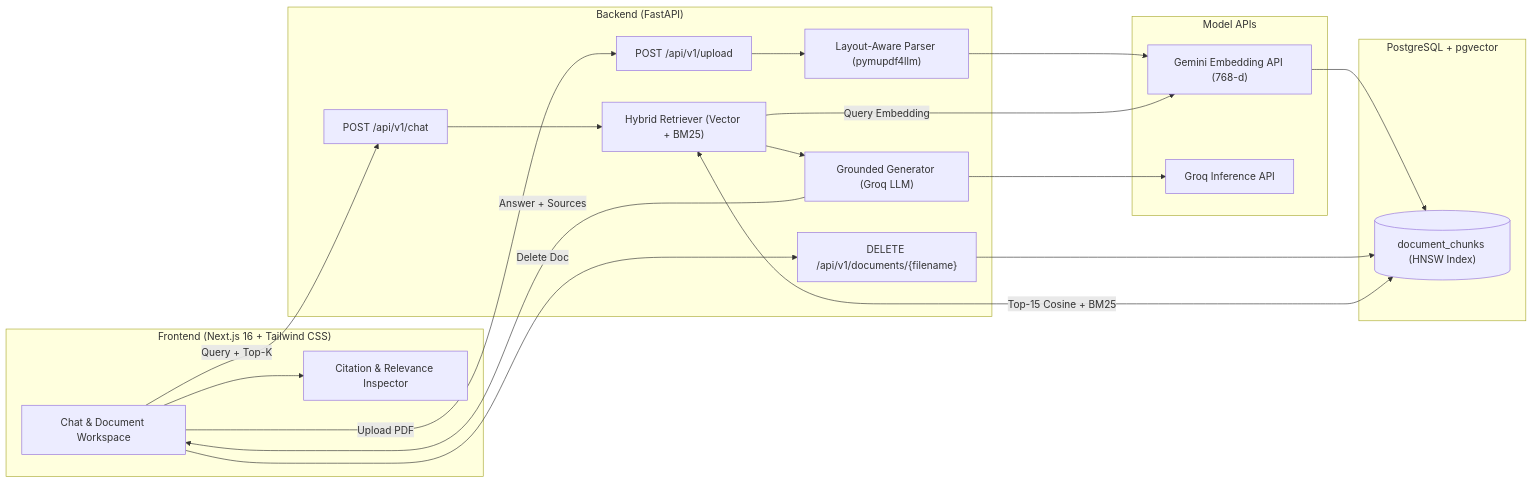
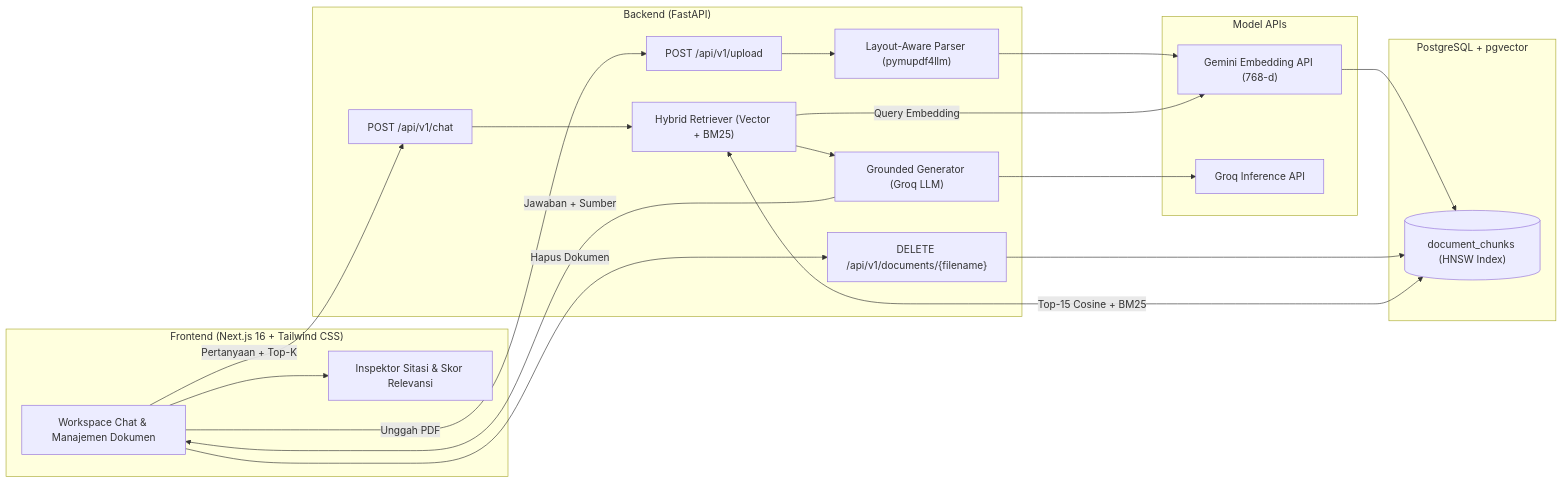
One commit to daniarpriambodo09/enterprise-doc-rag changed the diagram in README.md. Above: the diagram before and after it, drawn with Mermaid. The commit also changed other lines of this file, not shown here.

````diff
--- a/README.md
+++ b/README.md
@@ -23,33 +23,33 @@
 ```mermaid
 flowchart LR
     subgraph Client ["Frontend (Next.js 16 + Tailwind CSS)"]
-        UI["Chat & Document Workspace"]
-        Cite["Citation & Relevance Inspector"]
+        UI["Workspace Chat & Manajemen Dokumen"]
+        Cite["Inspektor Sitasi & Skor Relevansi"]
     end
 
     subgraph API ["Backend (FastAPI)"]
         Upload["POST /api/v1/upload"]
         Delete["DELETE /api/v1/documents/{filename}"]
         Chat["POST /api/v1/chat"]
         Parser["Layout-Aware Parser (pymupdf4llm)"]
         Retriever["Hybrid Retriever (Vector + BM25)"]
         Generator["Grounded Generator (Groq LLM)"]
     end
 
     subgraph Storage ["PostgreSQL + pgvector"]
         DB[("document_chunks (HNSW Index)")]
     end
 
     subgraph External ["Model APIs"]
         Gemini["Gemini Embedding API (768-d)"]
         Groq["Groq Inference API"]
     end
 
-    UI -->|Upload PDF| Upload --> Parser --> Gemini --> DB
-    UI -->|Delete Doc| Delete --> DB
-    UI -->|Query + Top-K| Chat --> Retriever
+    UI -->|Unggah PDF| Upload --> Parser --> Gemini --> DB
+    UI -->|Hapus Dokumen| Delete --> DB
+    UI -->|Pertanyaan + Top-K| Chat --> Retriever
     Retriever -->|Query Embedding| Gemini
     Retriever <-->|Top-15 Cosine + BM25| DB
     Retriever --> Generator --> Groq
-    Generator -->|Answer + Sources| UI --> Cite
+    Generator -->|Jawaban + Sumber| UI --> Cite
 ```
````
